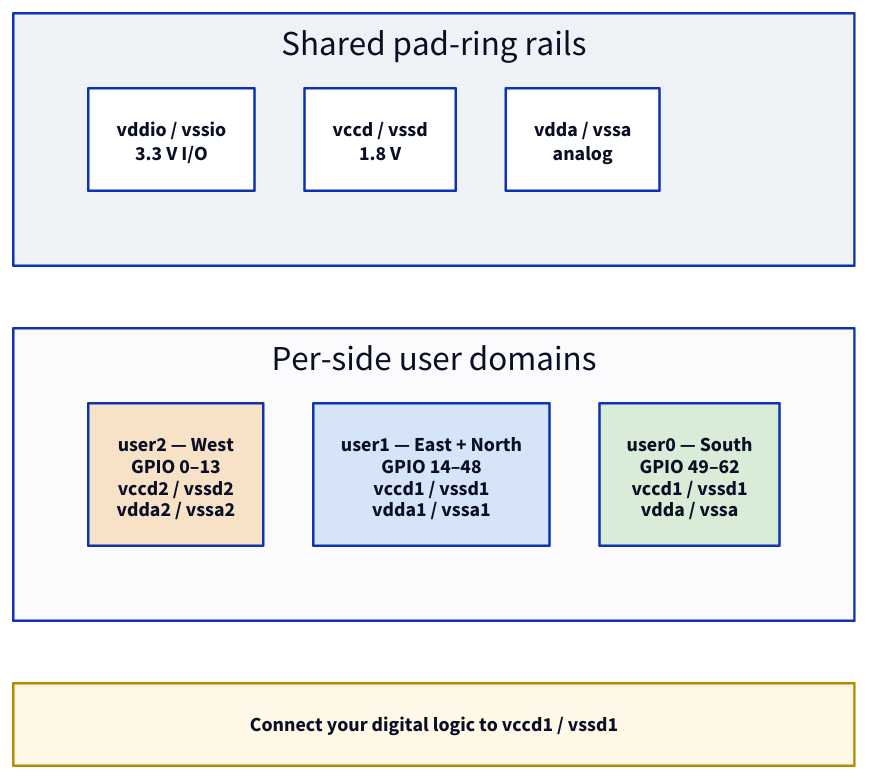
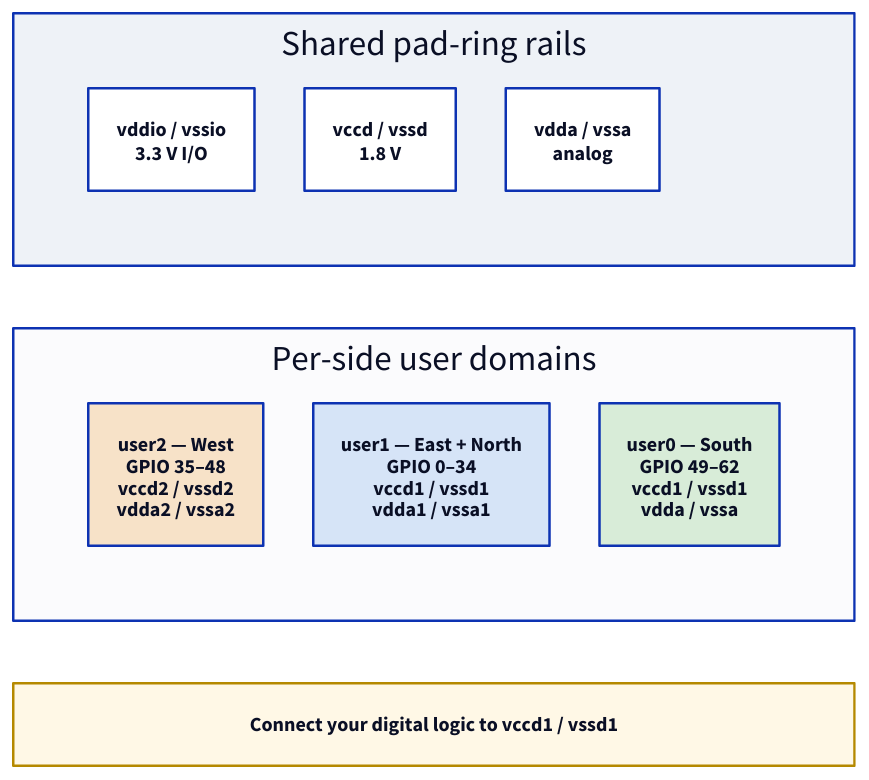
One commit to chipfoundry/double_wide_openframe changed the diagram in docs/generated/power_domains.d2. Above: the diagram before and after it, drawn with D2. The commit also changed 17 other files, not shown here.

```diff
--- a/docs/generated/power_domains.d2
+++ b/docs/generated/power_domains.d2
@@ -1,25 +1,25 @@
 # AUTO-GENERATED by scripts/gen_datasheet_figures.py
 vars: { d2-config: { theme-id: 0; sketch: false } }
 grid-rows: 3
 horizontal-gap: 60
 vertical-gap: 50
 
 shared: Shared pad-ring rails {
   grid-columns: 3
   style.fill: "#eef2f7"
   a: "vddio / vssio\n3.3 V I/O" { style.fill: "#ffffff" }
   b: "vccd / vssd\n1.8 V" { style.fill: "#ffffff" }
   c: "vdda / vssa\nanalog" { style.fill: "#ffffff" }
 }
 
 domains: Per-side user domains {
   grid-columns: 3
   style.fill: "#fbfbfd"
-  user2: "user2 — West\nGPIO 0–13\nvccd2 / vssd2\nvdda2 / vssa2" { style.fill: "#f7e2c8" }
-  user1: "user1 — East + North\nGPIO 14–48\nvccd1 / vssd1\nvdda1 / vssa1" { style.fill: "#d6e4f7" }
+  user2: "user2 — West\nGPIO 35–48\nvccd2 / vssd2\nvdda2 / vssa2" { style.fill: "#f7e2c8" }
+  user1: "user1 — East + North\nGPIO 0–34\nvccd1 / vssd1\nvdda1 / vssa1" { style.fill: "#d6e4f7" }
   user0: "user0 — South\nGPIO 49–62\nvccd1 / vssd1\nvdda / vssa" { style.fill: "#d8ecd8" }
 }
 
 note: "Connect your digital logic to vccd1 / vssd1" {
   style: { fill: "#fff8e6"; stroke: "#b58900"; bold: true }
 }
```
